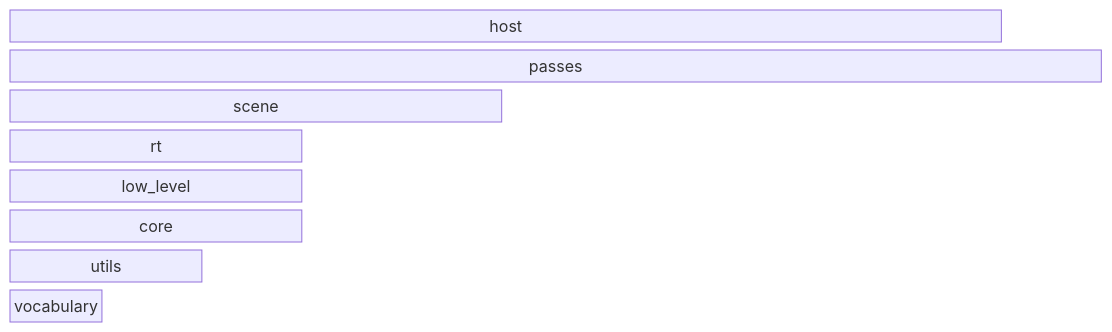
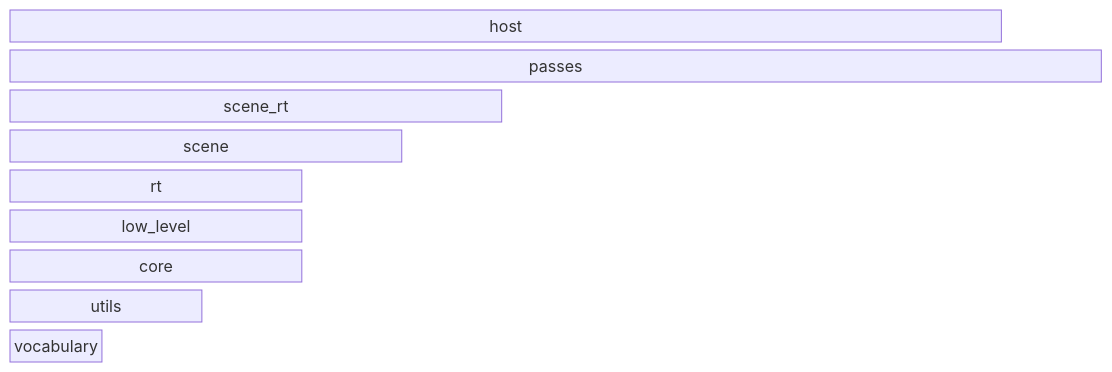
The first of 3 diagrams in ARCHITECTURE.md (McNopper/Harmonia), drawn with Mermaid before and after one commit. The commit also changed other lines of this file and 13 other files, not shown here.

````diff
--- a/ARCHITECTURE.md
+++ b/ARCHITECTURE.md
@@ -14,19 +14,21 @@
 ```mermaid
 block-beta
     columns 11
     host["host"]:10
     space
     passes["passes"]:11
-    scene["scene"]:5
+    scene_rt["scene_rt"]:5
     space:6
+    scene["scene"]:4
+    space:7
     rt["rt"]:3
     space:8
     low_level["low_level"]:3
     space:8
     core["core"]:3
     space:8
     utils["utils"]:2
     space:9
     vocabulary["vocabulary"]
     space:10
 ```
````
